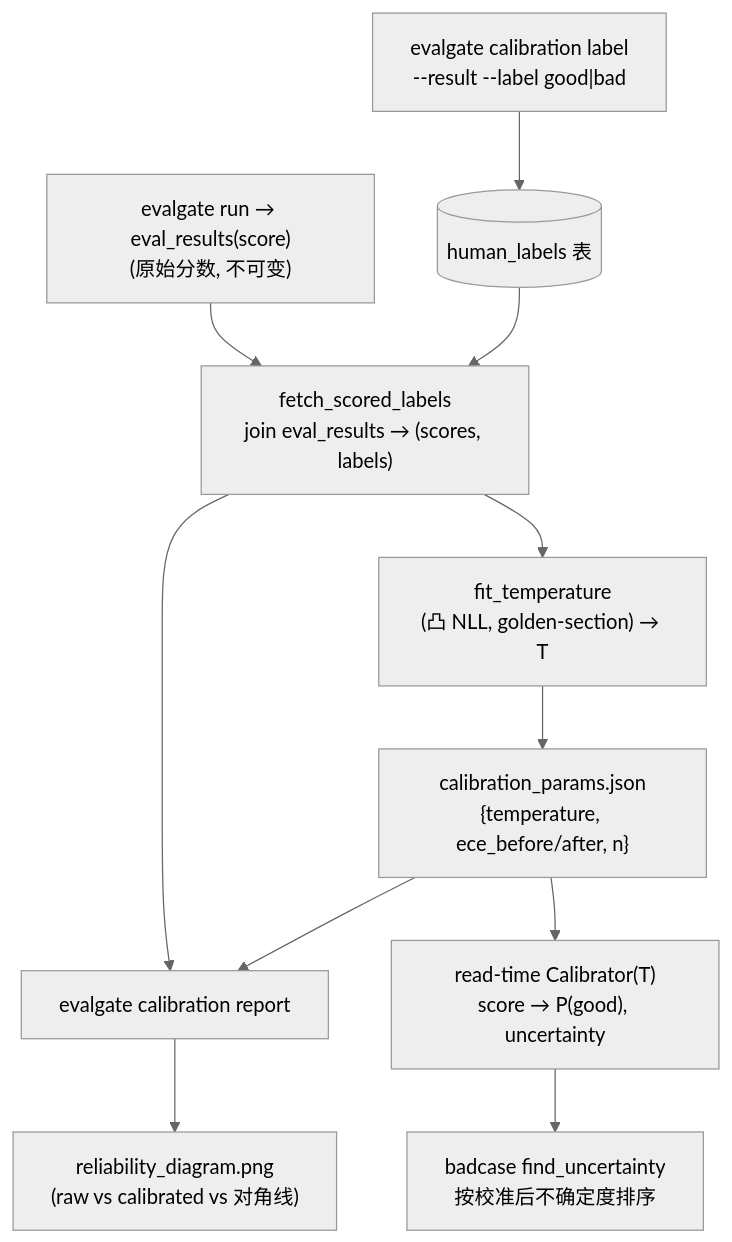
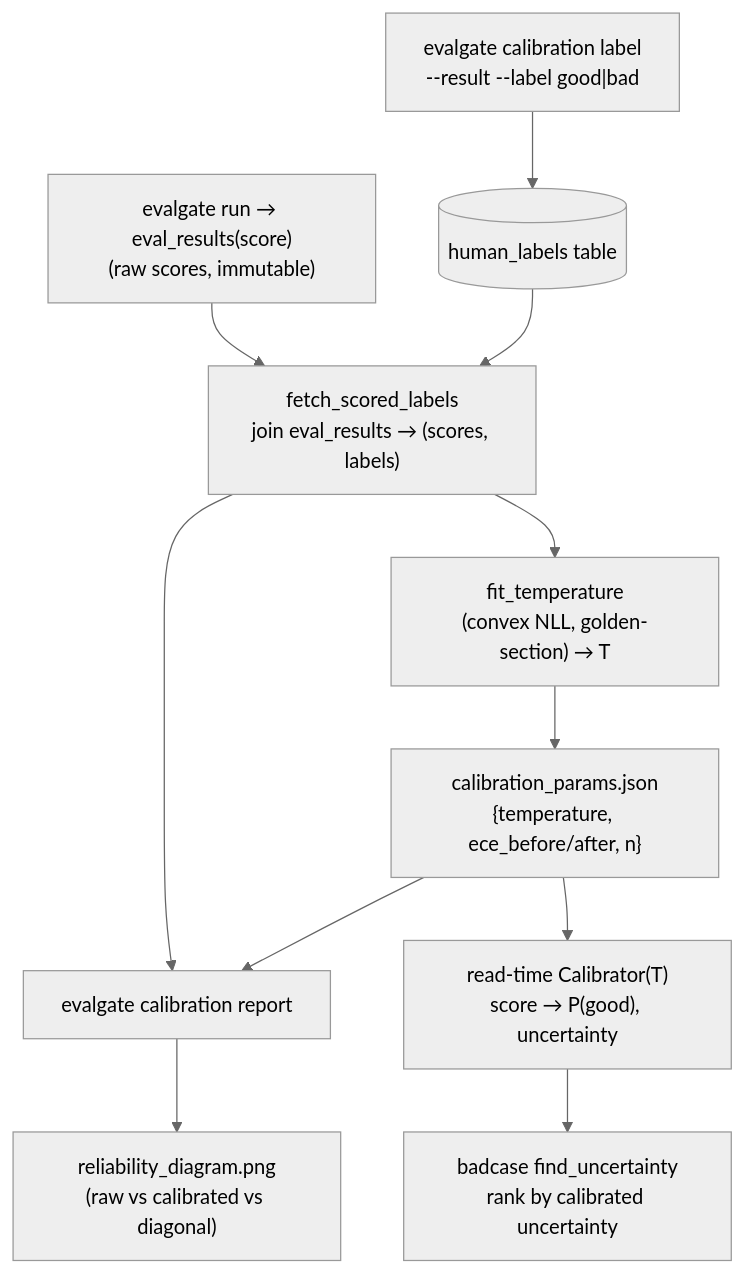
Before and after one commit to AndyUneducated/eval-gate: the first of 2 diagrams in docs/PHASE_16_PLAN.md, drawn with Mermaid (neutral theme). The commit also changed other lines of this file and 22 other files, not shown here.

````diff
--- a/docs/PHASE_16_PLAN.md
+++ b/docs/PHASE_16_PLAN.md
@@ -9,13 +9,13 @@
 ```mermaid
 flowchart TD
-  Run["evalgate run → eval_results(score)<br/>(原始分数, 不可变)"] --> Pairs
-  Label["evalgate calibration label<br/>--result <id> --label good|bad"] --> HL[("human_labels 表")]
+  Run["evalgate run → eval_results(score)<br/>(raw scores, immutable)"] --> Pairs
+  Label["evalgate calibration label<br/>--result <id> --label good|bad"] --> HL[("human_labels table")]
   HL --> Pairs["fetch_scored_labels<br/>join eval_results → (scores, labels)"]
-  Pairs --> Fit["fit_temperature<br/>(凸 NLL, golden-section) → T"]
+  Pairs --> Fit["fit_temperature<br/>(convex NLL, golden-section) → T"]
   Fit --> Params["calibration_params.json<br/>{temperature, ece_before/after, n}"]
   Pairs --> Report["evalgate calibration report"]
   Params --> Report
-  Report --> PNG["reliability_diagram.png<br/>(raw vs calibrated vs 对角线)"]
+  Report --> PNG["reliability_diagram.png<br/>(raw vs calibrated vs diagonal)"]
   Params --> Cal["read-time Calibrator(T)<br/>score → P(good), uncertainty"]
-  Cal --> Bad["badcase find_uncertainty<br/>按校准后不确定度排序"]
+  Cal --> Bad["badcase find_uncertainty<br/>rank by calibrated uncertainty"]
 ```
````
